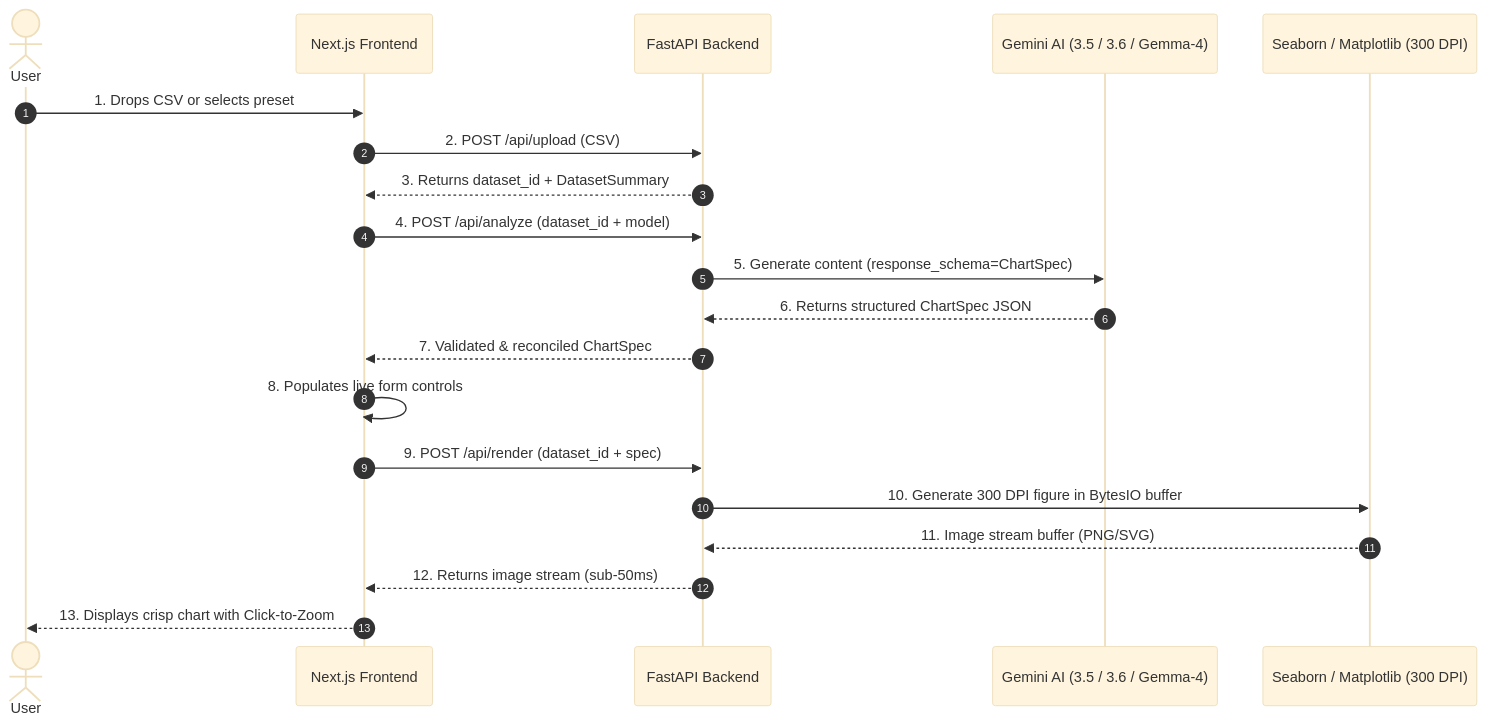
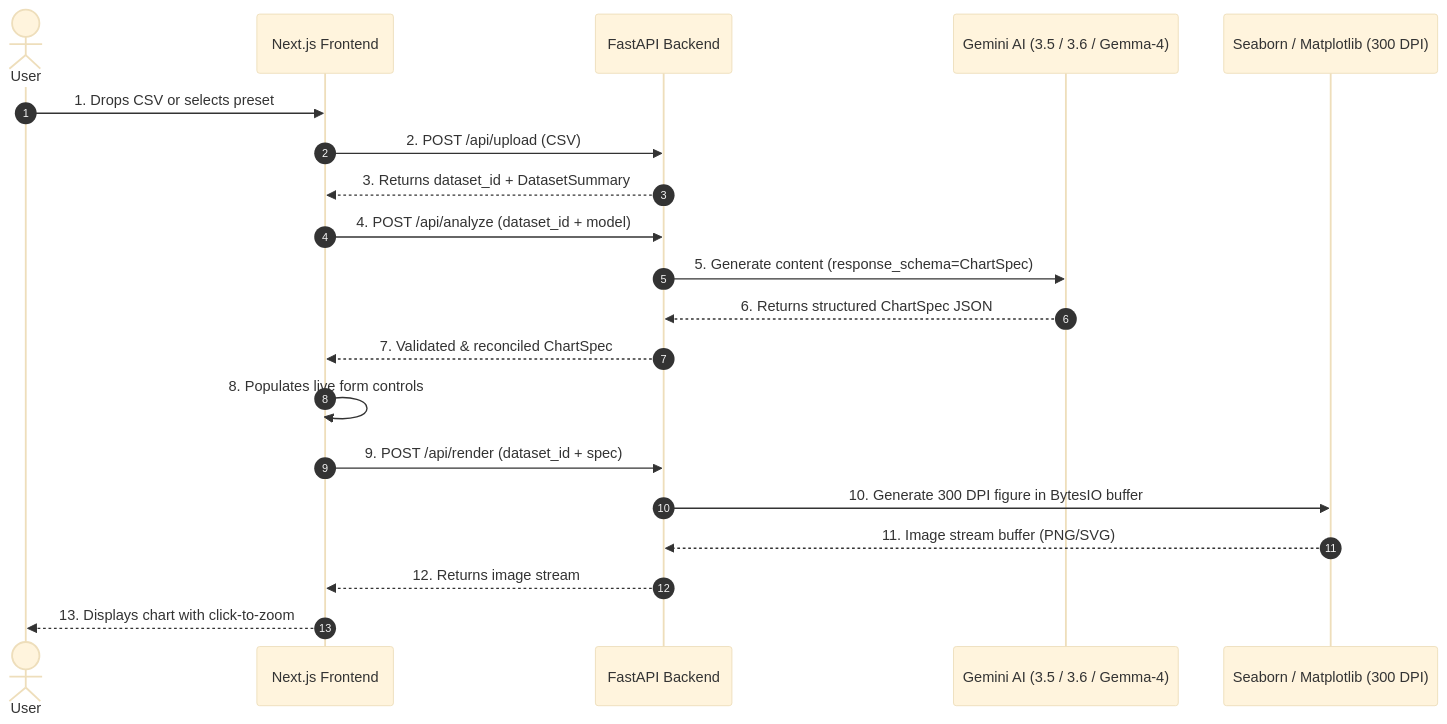
Before and after one commit to joehu131/quick-plot-studio: the diagram in README.md, drawn with Mermaid (base theme). The commit also changed other lines of this file and 1 other file, not shown here.

First line of the commit message:
docs(readme): rewrite README and add pipeline diagram screenshot

````diff
--- a/README.md
+++ b/README.md
@@ -24,23 +25,23 @@
 ```mermaid
 sequenceDiagram
     autonumber
     actor User
     participant NextJS as Next.js Frontend
     participant FastAPI as FastAPI Backend
     participant Gemini as Gemini AI (3.5 / 3.6 / Gemma-4)
     participant Seaborn as Seaborn / Matplotlib (300 DPI)
 
     User->>NextJS: 1. Drops CSV or selects preset
     NextJS->>FastAPI: 2. POST /api/upload (CSV)
     FastAPI-->>NextJS: 3. Returns dataset_id + DatasetSummary
     NextJS->>FastAPI: 4. POST /api/analyze (dataset_id + model)
     FastAPI->>Gemini: 5. Generate content (response_schema=ChartSpec)
     Gemini-->>FastAPI: 6. Returns structured ChartSpec JSON
     FastAPI-->>NextJS: 7. Validated & reconciled ChartSpec
     NextJS->>NextJS: 8. Populates live form controls
     NextJS->>FastAPI: 9. POST /api/render (dataset_id + spec)
     FastAPI->>Seaborn: 10. Generate 300 DPI figure in BytesIO buffer
     Seaborn-->>FastAPI: 11. Image stream buffer (PNG/SVG)
-    FastAPI-->>NextJS: 12. Returns image stream (sub-50ms)
-    NextJS-->>User: 13. Displays crisp chart with Click-to-Zoom
+    FastAPI-->>NextJS: 12. Returns image stream
+    NextJS-->>User: 13. Displays chart with click-to-zoom
 ```
````
